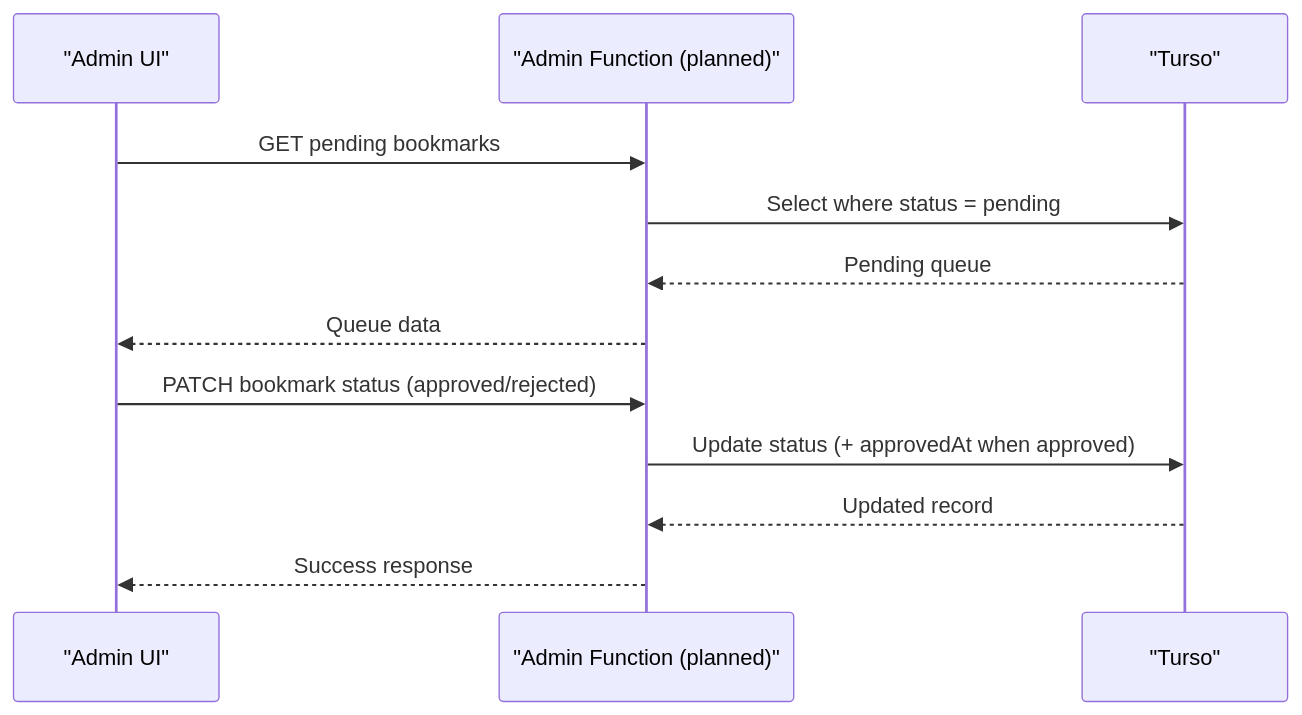
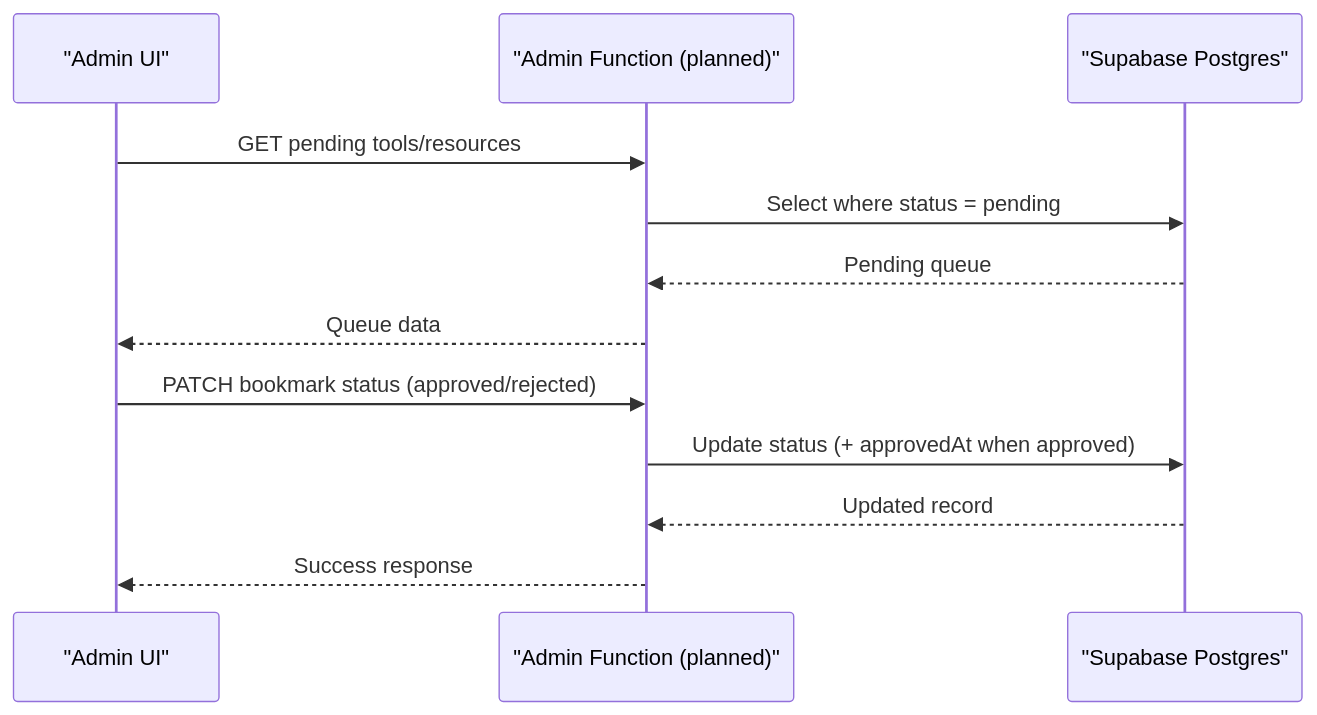
The fourth of 4 diagrams in docs/architecture.md (schalkneethling/makerbench-next), drawn with Mermaid before and after one commit. The commit also changed other lines of this file and 27 other files, not shown here.

````diff
--- a/docs/architecture.md
+++ b/docs/architecture.md
@@ -111,16 +117,16 @@
 ```mermaid
 sequenceDiagram
     participant Admin as "Admin UI"
     participant AdminAPI as "Admin Function (planned)"
-    participant DB as "Turso"
+    participant DB as "Supabase Postgres"
 
-    Admin->>AdminAPI: GET pending bookmarks
+    Admin->>AdminAPI: GET pending tools/resources
     AdminAPI->>DB: Select where status = pending
     DB-->>AdminAPI: Pending queue
     AdminAPI-->>Admin: Queue data
 
     Admin->>AdminAPI: PATCH bookmark status (approved/rejected)
     AdminAPI->>DB: Update status (+ approvedAt when approved)
     DB-->>AdminAPI: Updated record
     AdminAPI-->>Admin: Success response
 ```
````
